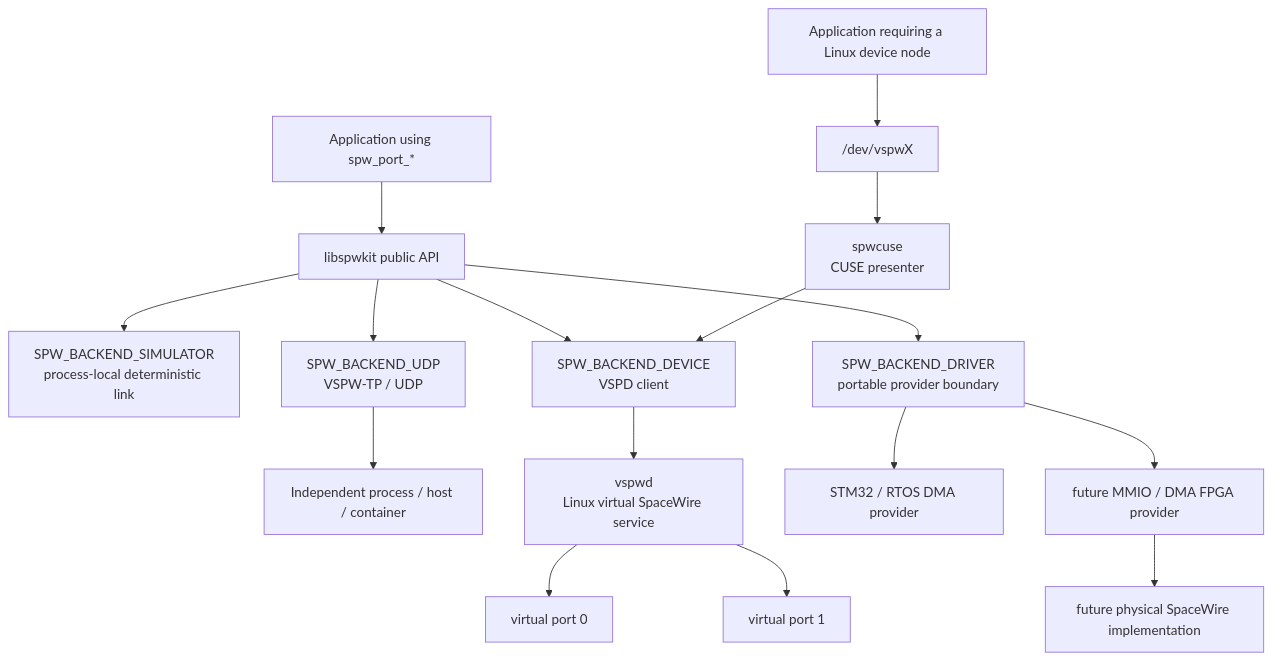
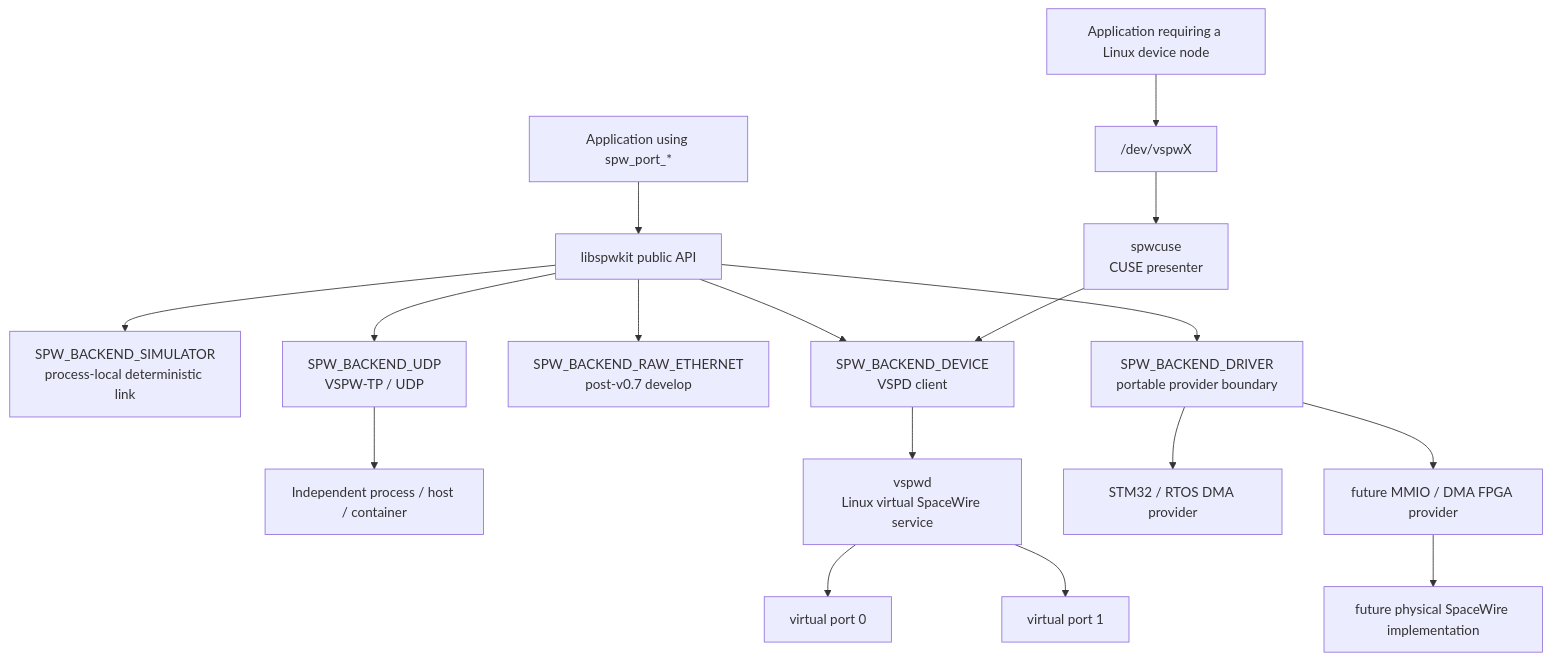
The sixth of 7 diagrams in docs/simulator.md (ExoSpaceLabs/spwkit), drawn with Mermaid before and after one commit. The commit also changed other lines of this file, not shown here.

Commit message:
docs(spwkit): refresh active post-v0.7 state

````diff
--- a/docs/simulator.md
+++ b/docs/simulator.md
@@ -148,23 +148,24 @@
 ```mermaid
 flowchart TB
     APP["Application using spw_port_*"] --> API["libspwkit public API"]
 
     API --> SIM["SPW_BACKEND_SIMULATOR<br/>process-local deterministic link"]
     API --> UDP["SPW_BACKEND_UDP<br/>VSPW-TP / UDP"]
+    API --> RAW["SPW_BACKEND_RAW_ETHERNET<br/>post-v0.7 develop"]
     API --> DEV["SPW_BACKEND_DEVICE<br/>VSPD client"]
     API --> DRIVER["SPW_BACKEND_DRIVER<br/>portable provider boundary"]
 
     UDP --> REMOTE["Independent process / host / container"]
 
     DEV --> VSPWD["vspwd<br/>Linux virtual SpaceWire service"]
     VSPWD --> VP0["virtual port 0"]
     VSPWD --> VP1["virtual port 1"]
 
     CHAR_APP["Application requiring a Linux device node"] --> DEVNODE["/dev/vspwX"]
     DEVNODE --> CUSE["spwcuse<br/>CUSE presenter"]
     CUSE --> DEV
 
     DRIVER --> MCU["STM32 / RTOS DMA provider"]
     DRIVER --> FPGA["future MMIO / DMA FPGA provider"]
     FPGA --> PHY["future physical SpaceWire implementation"]
 ```
````
